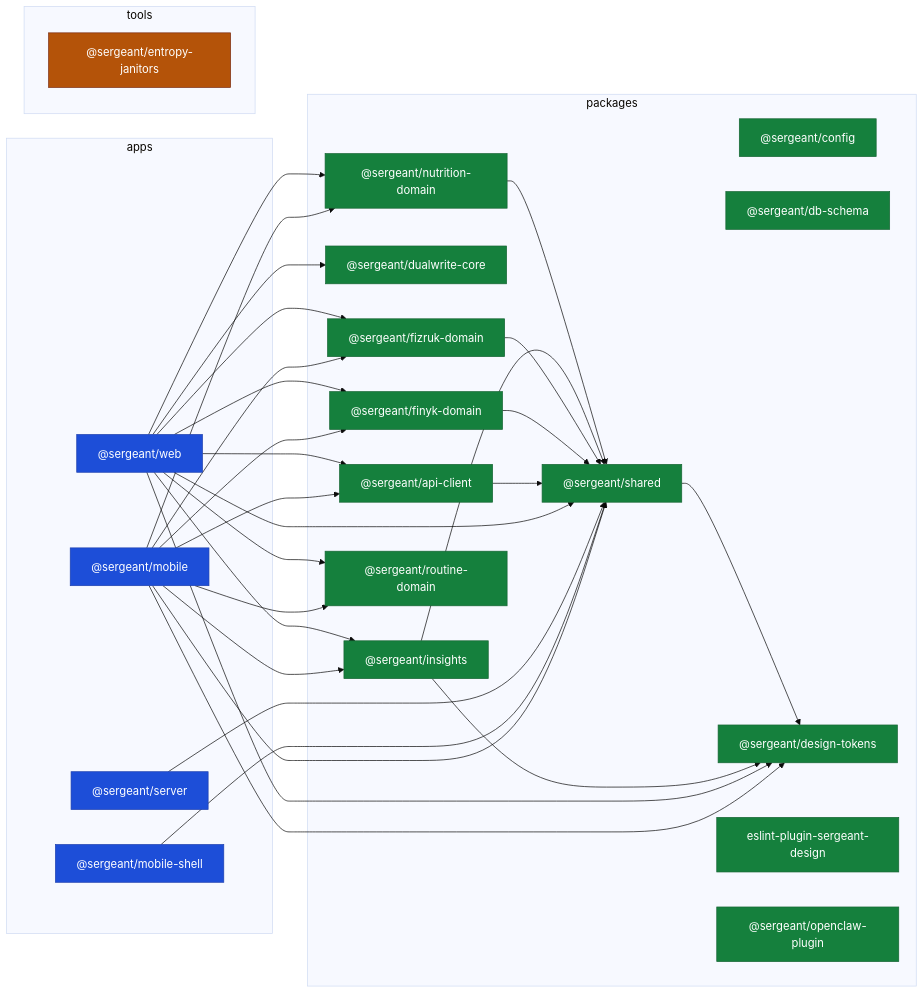
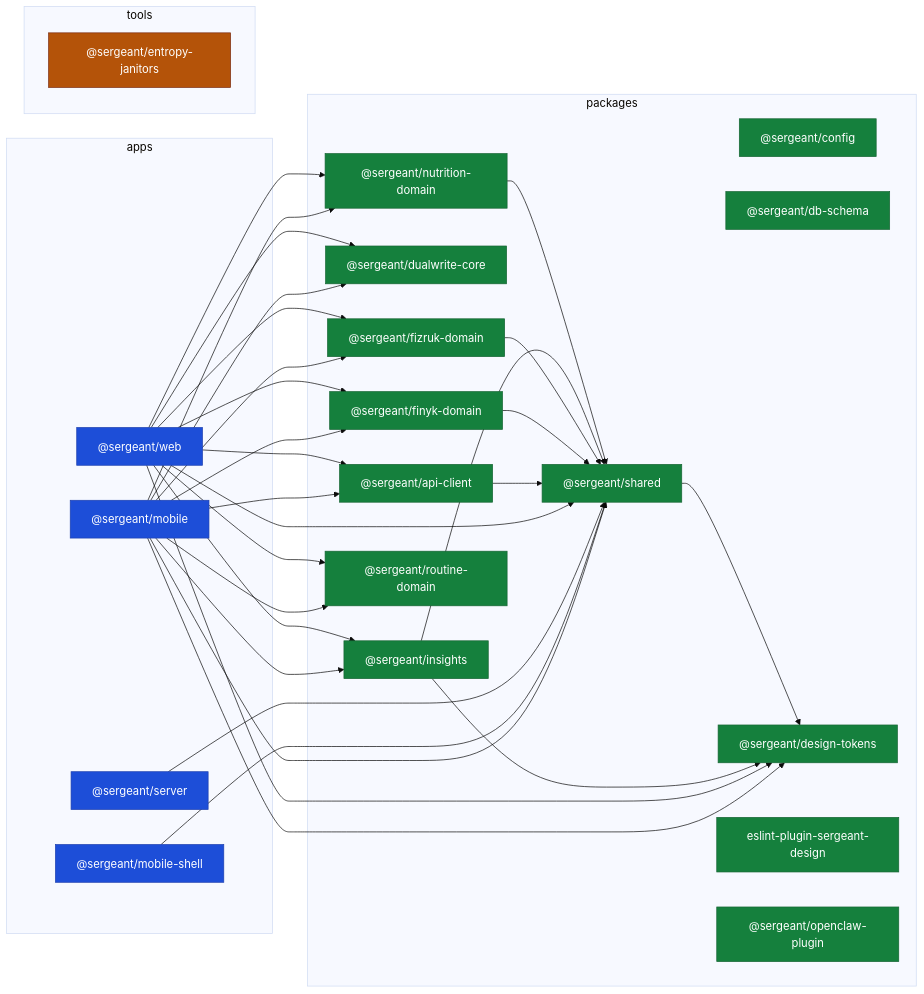
One commit to SkOrDs-02/sergeant changed the diagram in docs/02-engineering/architecture/diagrams/c3-workspaces.md. Above: the diagram before and after it, drawn with Mermaid (base theme). The commit also changed other lines of this file and 33 other files, not shown here.

````diff
--- a/docs/02-engineering/architecture/diagrams/c3-workspaces.md
+++ b/docs/02-engineering/architecture/diagrams/c3-workspaces.md
@@ -14,60 +14,61 @@
 ```mermaid
 flowchart LR
     subgraph apps["apps"]
         apps_mobile["@sergeant/mobile"]
         apps_mobile_shell["@sergeant/mobile-shell"]
         apps_server["@sergeant/server"]
         apps_web["@sergeant/web"]
     end
     subgraph tools["tools"]
         tools_entropy_janitors["@sergeant/entropy-janitors"]
     end
     subgraph packages["packages"]
         packages_api_client["@sergeant/api-client"]
         packages_config["@sergeant/config"]
         packages_db_schema["@sergeant/db-schema"]
         packages_design_tokens["@sergeant/design-tokens"]
         packages_dualwrite_core["@sergeant/dualwrite-core"]
         packages_eslint_plugin_sergeant_design["eslint-plugin-sergeant-design"]
         packages_finyk_domain["@sergeant/finyk-domain"]
         packages_fizruk_domain["@sergeant/fizruk-domain"]
         packages_insights["@sergeant/insights"]
         packages_nutrition_domain["@sergeant/nutrition-domain"]
         packages_openclaw_plugin["@sergeant/openclaw-plugin"]
         packages_routine_domain["@sergeant/routine-domain"]
         packages_shared["@sergeant/shared"]
     end
     apps_mobile --> packages_api_client
     apps_mobile --> packages_design_tokens
+    apps_mobile --> packages_dualwrite_core
     apps_mobile --> packages_finyk_domain
     apps_mobile --> packages_fizruk_domain
     apps_mobile --> packages_insights
     apps_mobile --> packages_nutrition_domain
     apps_mobile --> packages_routine_domain
     apps_mobile --> packages_shared
     apps_mobile_shell --> packages_shared
     apps_server --> packages_shared
     apps_web --> packages_api_client
     apps_web --> packages_design_tokens
     apps_web --> packages_dualwrite_core
     apps_web --> packages_finyk_domain
     apps_web --> packages_fizruk_domain
     apps_web --> packages_insights
     apps_web --> packages_nutrition_domain
     apps_web --> packages_routine_domain
     apps_web --> packages_shared
     packages_api_client --> packages_shared
     packages_finyk_domain --> packages_shared
     packages_fizruk_domain --> packages_shared
     packages_insights --> packages_design_tokens
     packages_insights --> packages_shared
     packages_nutrition_domain --> packages_shared
     packages_shared --> packages_design_tokens
 
     classDef app fill:#1d4ed8,stroke:#1e40af,color:#fff
     classDef tool fill:#b45309,stroke:#7c2d12,color:#fff
     classDef package fill:#15803d,stroke:#166534,color:#fff
     class apps_mobile,apps_mobile_shell,apps_server,apps_web app
     class tools_entropy_janitors tool
     class packages_api_client,packages_config,packages_db_schema,packages_design_tokens,packages_dualwrite_core,packages_eslint_plugin_sergeant_design,packages_finyk_domain,packages_fizruk_domain,packages_insights,packages_nutrition_domain,packages_openclaw_plugin,packages_routine_domain,packages_shared package
 ```
````
